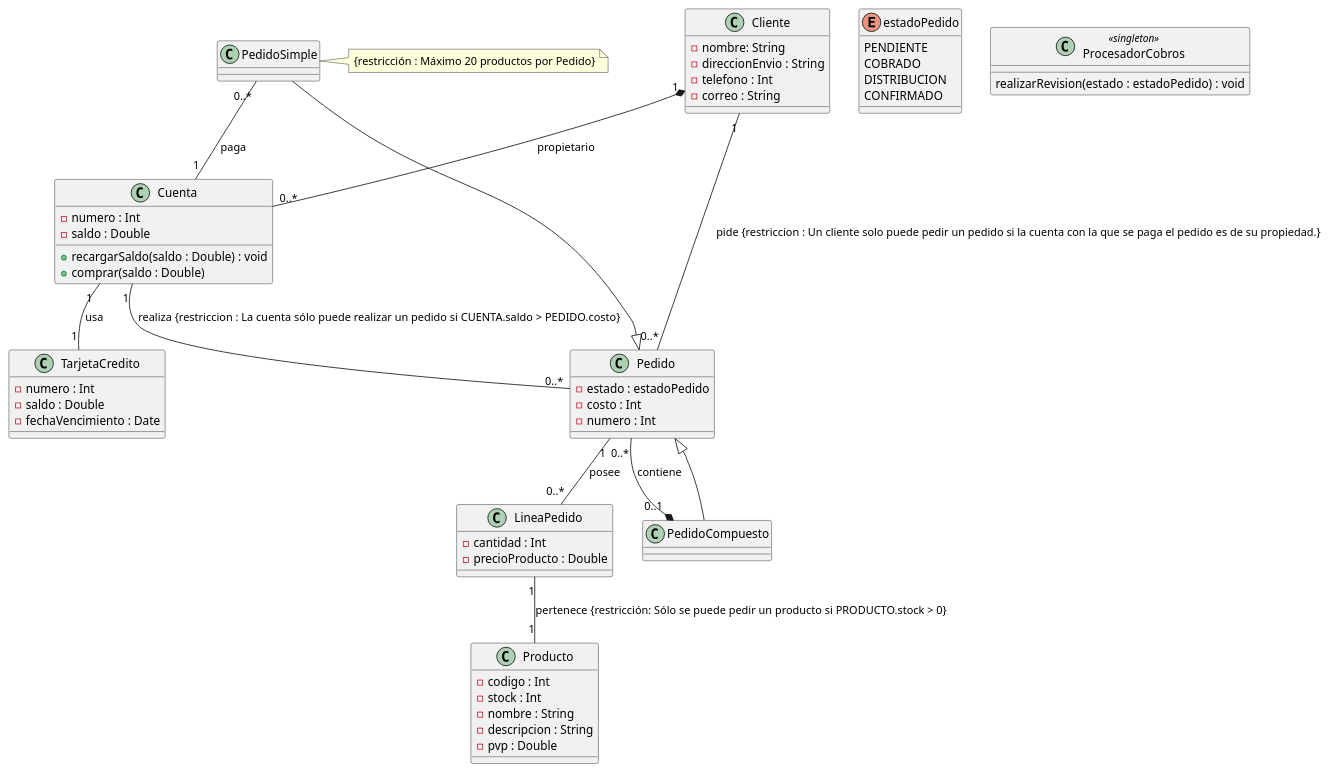
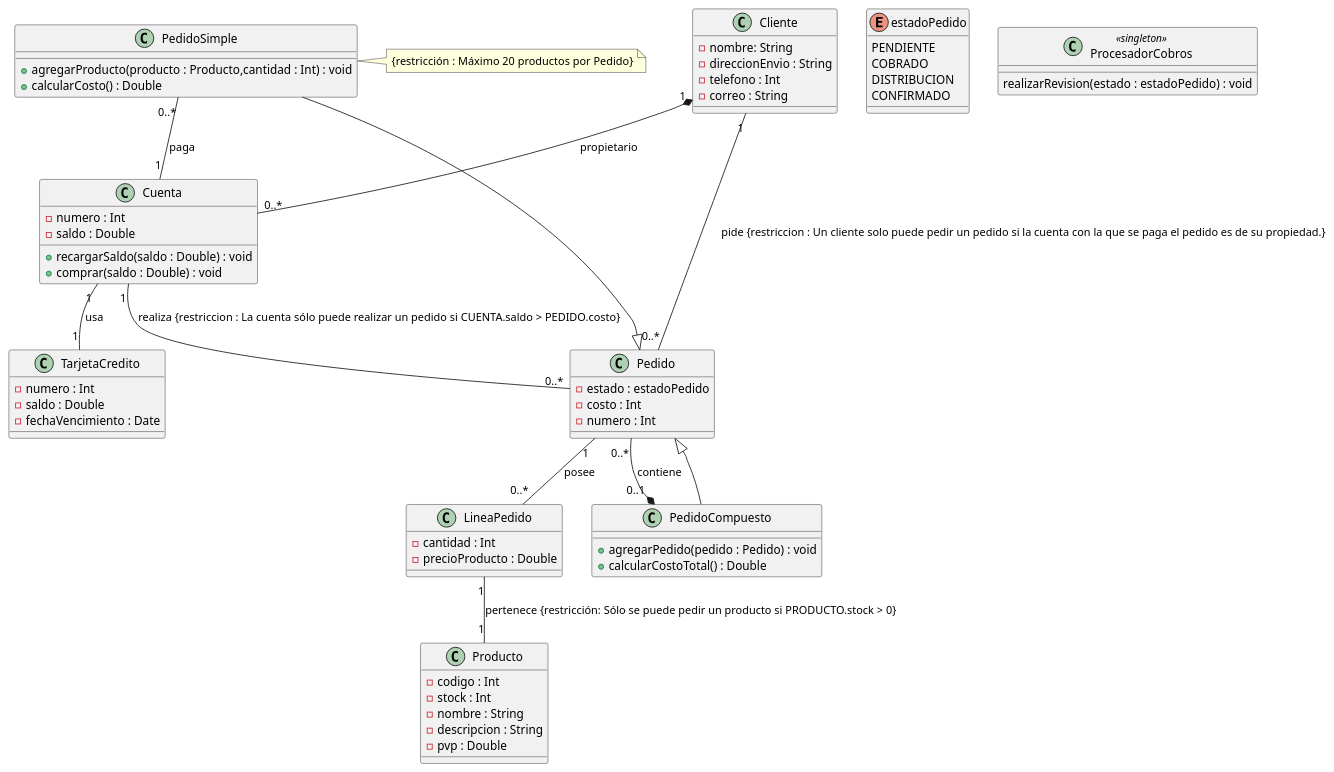
One commit to IES-Rafael-Alberti/2526-u3-3-1-diagramaclases-ifonlob changed the diagram in src/Ejercicio3.puml. Above: the diagram before and after it, drawn with PlantUML.

Commit message:
Retorno métodos arreglado.puml

```diff
--- a/src/Ejercicio3.puml
+++ b/src/Ejercicio3.puml
@@ -1,89 +1,91 @@
 @startuml
 
 class Cliente{
     - nombre: String
     - direccionEnvio : String
     - telefono : Int
     - correo : String
 }
 
 class Producto{ 
     - codigo : Int
     - stock : Int
     - nombre : String
     - descripcion : String
     - pvp : Double
 }
 
 class Cuenta{
     - numero : Int
     - saldo : Double
     + recargarSaldo(saldo : Double) : void
-    + comprar(saldo : Double)
+    + comprar(saldo : Double) : void
 }
 
 class TarjetaCredito{
     - numero : Int
     - saldo : Double
     - fechaVencimiento : Date
 }
 
 class LineaPedido{
     - cantidad : Int
     - precioProducto : Double
 }
 
 class Pedido{
     - estado : estadoPedido
     - costo : Int 
     - numero : Int
 
 }
 
 class PedidoSimple{
-
+ + agregarProducto(producto : Producto,cantidad : Int) : void
+ + calcularCosto() : Double
 }
 
 class PedidoCompuesto{
-
+    + agregarPedido(pedido : Pedido) : void
+    + calcularCostoTotal() : Double
 }
 
 enum estadoPedido{
     PENDIENTE
     COBRADO
     DISTRIBUCION
     CONFIRMADO
 }
 
 class ProcesadorCobros <<singleton>>{
     realizarRevision(estado : estadoPedido) : void 
 }
 
 Cliente "1" *-- "0..*" Cuenta : propietario
 
 Cuenta "1" -- "0..*" Pedido : realiza {restriccion : La cuenta sólo puede realizar un pedido si CUENTA.saldo > PEDIDO.costo}
 
 Cliente "1" -- "0..*" Pedido : pide {restriccion : Un cliente solo puede pedir un pedido si la cuenta con la que se paga el pedido es de su propiedad.}
 
 Cuenta "1" -- "1" TarjetaCredito : usa
 
 Pedido <|-- PedidoSimple 
 Pedido <|-- PedidoCompuesto
 
 PedidoSimple "0..*" -- "1" Cuenta : paga
 
 PedidoCompuesto "0..1" *-- "0..*" Pedido : contiene
 
 Pedido "1" -- "0..*" LineaPedido : posee
 
 LineaPedido "1" -- "1" Producto : pertenece {restricción: Sólo se puede pedir un producto si PRODUCTO.stock > 0}
 
 
 
 
 
 note right of PedidoSimple
 {restricción : Máximo 20 productos por Pedido}
 end note
 
 @enduml
```
